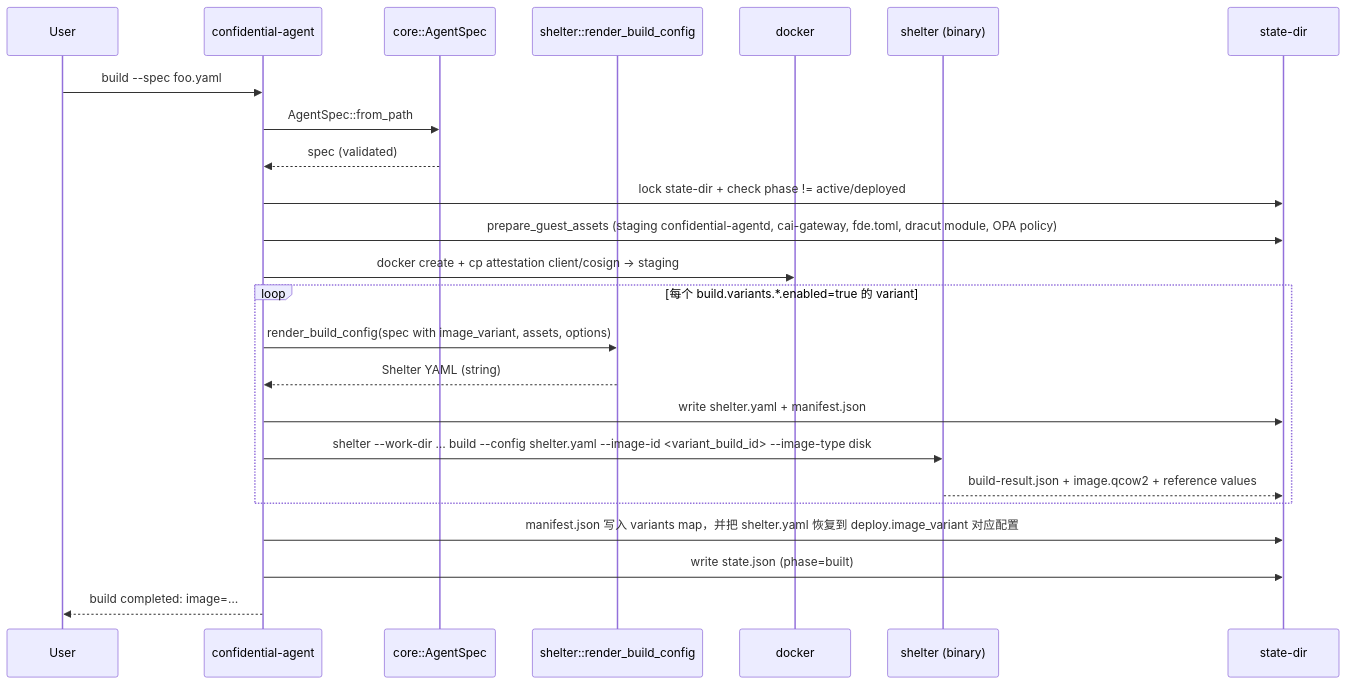
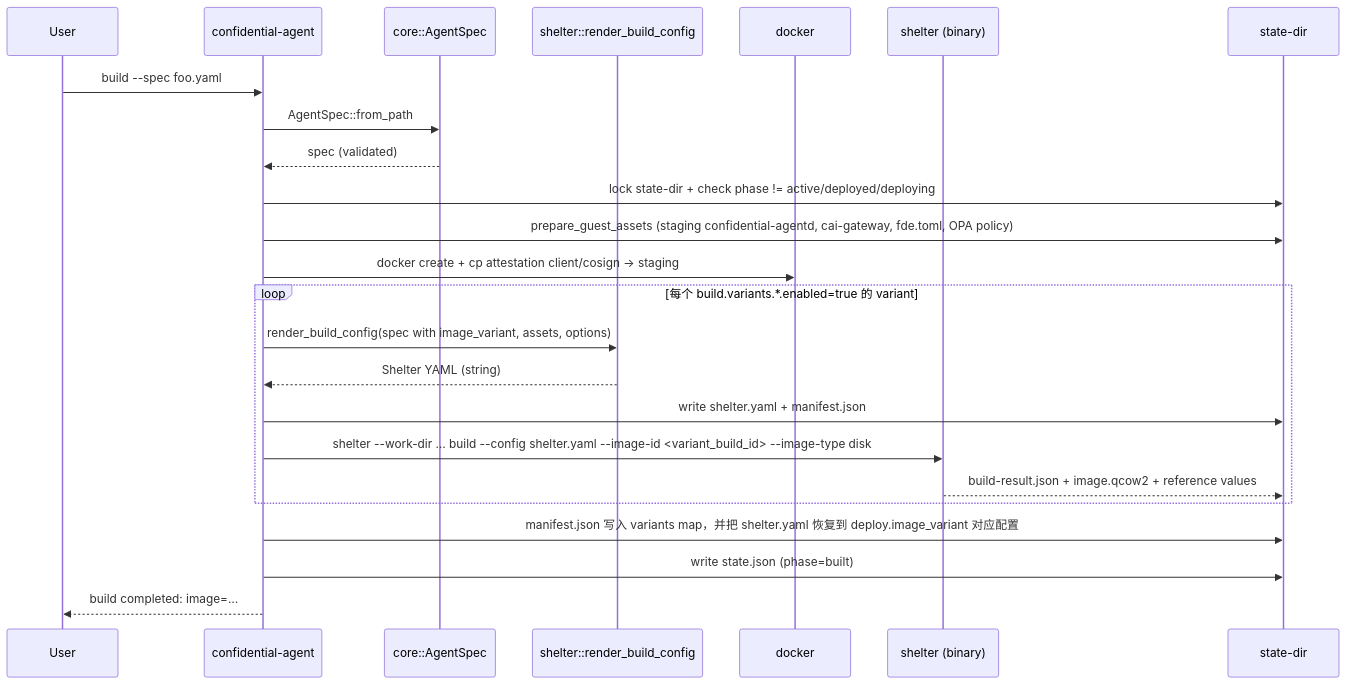
The third of 7 diagrams in docs/architecture.md (wdsun1008/confidential-agent), drawn with Mermaid before and after one commit. The commit also changed other lines of this file and 7 other files, not shown here.

````diff
--- a/docs/architecture.md
+++ b/docs/architecture.md
@@ -56,27 +56,27 @@
 ```mermaid
 sequenceDiagram
     participant U as User
     participant CLI as confidential-agent
     participant Core as core::AgentSpec
     participant SH as shelter::render_build_config
     participant Docker as docker
     participant SHB as shelter (binary)
     participant FS as state-dir
 
     U->>CLI: build --spec foo.yaml
     CLI->>Core: AgentSpec::from_path
     Core-->>CLI: spec (validated)
-    CLI->>FS: lock state-dir + check phase != active/deployed
-    CLI->>FS: prepare_guest_assets (staging confidential-agentd, cai-gateway, fde.toml, dracut module, OPA policy)
+    CLI->>FS: lock state-dir + check phase != active/deployed/deploying
+    CLI->>FS: prepare_guest_assets (staging confidential-agentd, cai-gateway, fde.toml, OPA policy)
     CLI->>Docker: docker create + cp attestation client/cosign → staging
     loop 每个 build.variants.*.enabled=true 的 variant
         CLI->>SH: render_build_config(spec with image_variant, assets, options)
         SH-->>CLI: Shelter YAML (string)
         CLI->>FS: write shelter.yaml + manifest.json
         CLI->>SHB: shelter --work-dir … build --config shelter.yaml --image-id <variant_build_id> --image-type disk
         SHB-->>FS: build-result.json + image.qcow2 + reference values
     end
     CLI->>FS: manifest.json 写入 variants map，并把 shelter.yaml 恢复到 deploy.image_variant 对应配置
     CLI->>FS: write state.json (phase=built)
     CLI-->>U: build completed: image=…
 ```
````
